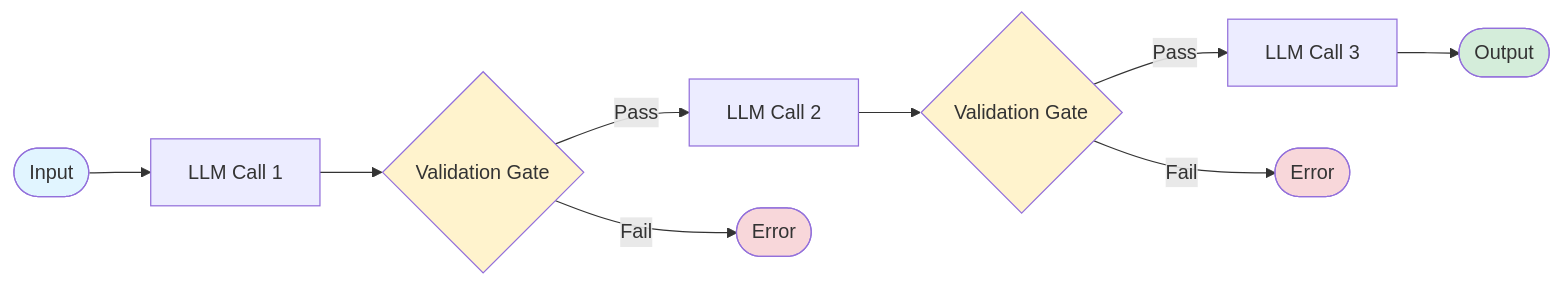
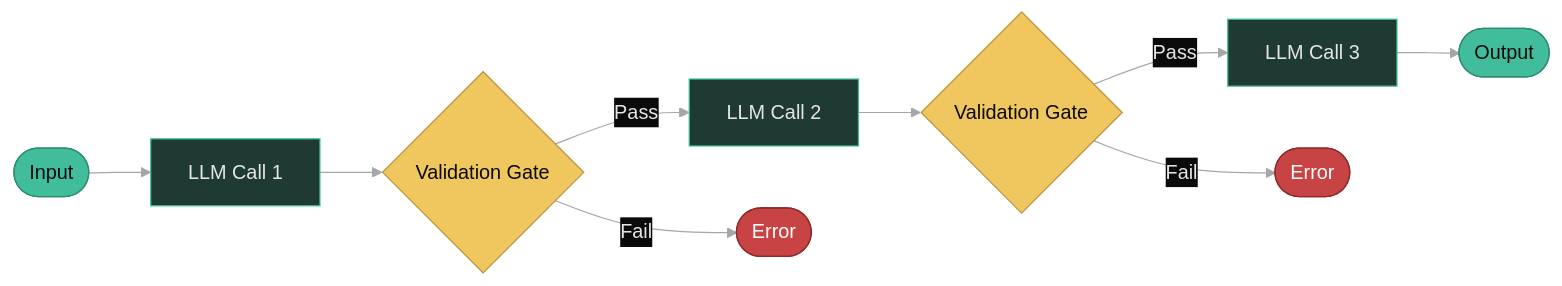
Before and after one commit to diagrid-labs/dapr-reliable-agentic-systems: the diagram in .demo/slides/07-prompt-chaining/07-02-diagram.md, drawn with Mermaid. The commit also changed other lines of this file and 55 other files, not shown here.

````diff
--- a/.demo/slides/07-prompt-chaining/07-02-diagram.md
+++ b/.demo/slides/07-prompt-chaining/07-02-diagram.md
@@ -8,18 +3,19 @@
 ```mermaid
+%%{init: {"theme":"base","themeVariables":{"background":"#0a0a0a","primaryColor":"#1f3a32","primaryTextColor":"#e6e6e6","primaryBorderColor":"#41BD9B","lineColor":"#A6A6A6","secondaryColor":"#111315","tertiaryColor":"#111315","clusterBkg":"#111315","clusterBorder":"#41BD9B","titleColor":"#F0C75E","edgeLabelBackground":"#0a0a0a","noteBkgColor":"#111315","noteTextColor":"#e6e6e6","noteBorderColor":"#41BD9B","actorBkg":"#1f3a32","actorBorder":"#41BD9B","actorTextColor":"#e6e6e6","actorLineColor":"#A6A6A6","signalColor":"#A6A6A6","signalTextColor":"#e6e6e6","labelBoxBkgColor":"#0a0a0a","labelBoxBorderColor":"#41BD9B","labelTextColor":"#e6e6e6","loopTextColor":"#e6e6e6","altSectionBkgColor":"#111315","sectionBkgColor":"#111315","fontFamily":"Geist,sans-serif"}}}%%
 graph LR
     Start([Input]) --> A1[LLM Call 1]
     A1 --> Gate1{Validation Gate}
     Gate1 -->|Pass| A2[LLM Call 2]
     Gate1 -->|Fail| Fail1([Error])
     A2 --> Gate2{Validation Gate}
     Gate2 -->|Pass| A3[LLM Call 3]
     Gate2 -->|Fail| Fail2([Error])
     A3 --> End([Output])
     
-    style Start fill:#e1f5ff
-    style End fill:#d4edda
-    style Fail1 fill:#f8d7da
-    style Fail2 fill:#f8d7da
-    style Gate1 fill:#fff3cd
-    style Gate2 fill:#fff3cd
+    style Start fill:#41BD9B,stroke:#2d8a70,color:#0a0a0a
+    style End fill:#41BD9B,stroke:#2d8a70,color:#0a0a0a
+    style Fail1 fill:#c84444,stroke:#8a2a2a,color:#ffffff
+    style Fail2 fill:#c84444,stroke:#8a2a2a,color:#ffffff
+    style Gate1 fill:#F0C75E,stroke:#b8943f,color:#0a0a0a
+    style Gate2 fill:#F0C75E,stroke:#b8943f,color:#0a0a0a
 ```
````
